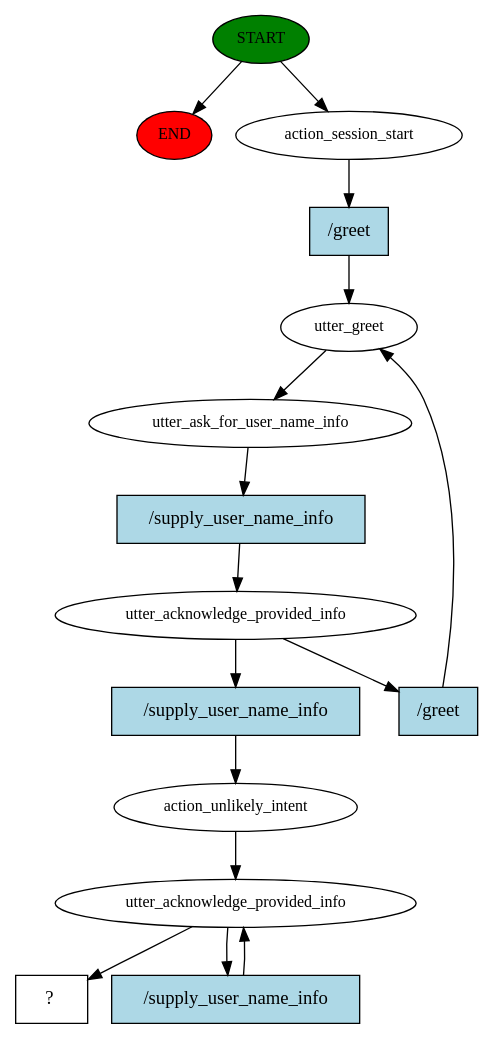
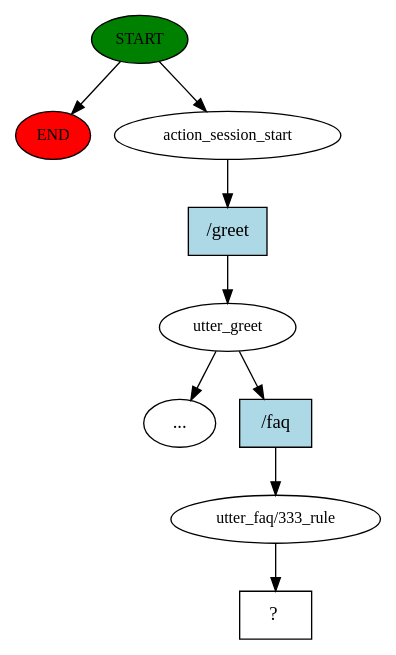
Before and after one commit to dpkasundaram/mental-health-ai: the diagram in story_graph.dot, drawn with Graphviz. The commit also changed 957 other files, not shown here.

```diff
--- a/story_graph.dot
+++ b/story_graph.dot
@@ -1,31 +1,19 @@
 digraph  {
 0 [class="start active", fillcolor=green, fontsize=12, label=START, style=filled];
 "-1" [class=end, fillcolor=red, fontsize=12, label=END, style=filled];
 1 [class=active, fontsize=12, label=action_session_start];
 2 [class=active, fontsize=12, label=utter_greet];
-3 [class=active, fontsize=12, label=utter_ask_for_user_name_info];
-4 [class=active, fontsize=12, label=utter_acknowledge_provided_info];
-11 [class=active, fontsize=12, label=action_unlikely_intent];
-12 [class=active, fontsize=12, label=utter_acknowledge_provided_info];
-14 [class="intent dashed active", label="  ?  ", shape=rect];
-15 [class="intent active", fillcolor=lightblue, label="/greet", shape=rect, style=filled];
-16 [class="intent active", fillcolor=lightblue, label="/supply_user_name_info", shape=rect, style=filled];
-17 [class="intent active", fillcolor=lightblue, label="/greet", shape=rect, style=filled];
-18 [class="intent active", fillcolor=lightblue, label="/supply_user_name_info", shape=rect, style=filled];
-19 [class="intent active", fillcolor=lightblue, label="/supply_user_name_info", shape=rect, style=filled];
+"-3" [class=ellipsis, label="..."];
+5 [class=active, fontsize=12, label="utter_faq/333_rule"];
+6 [class="intent dashed active", label="  ?  ", shape=rect];
+7 [class="intent active", fillcolor=lightblue, label="/greet", shape=rect, style=filled];
+8 [class="intent active", fillcolor=lightblue, label="/faq", shape=rect, style=filled];
 0 -> "-1"  [class="", key=NONE, label=""];
 0 -> 1  [class=active, key=NONE, label=""];
-1 -> 15  [class=active, key=0];
-2 -> 3  [class=active, key=NONE, label=""];
-3 -> 16  [class=active, key=0];
-4 -> 17  [class=active, key=0];
-4 -> 18  [class=active, key=0];
-11 -> 12  [class=active, key=NONE, label=""];
-12 -> 14  [class=active, key=NONE, label=""];
-12 -> 19  [class=active, key=0];
-15 -> 2  [class=active, key=0];
-16 -> 4  [class=active, key=0];
-17 -> 2  [class=active, key=0];
-18 -> 11  [class=active, key=0];
-19 -> 12  [class=active, key=0];
+1 -> 7  [class=active, key=0];
+2 -> "-3"  [class="", key=NONE, label=""];
+2 -> 8  [class=active, key=0];
+5 -> 6  [class=active, key=NONE, label=""];
+7 -> 2  [class=active, key=0];
+8 -> 5  [class=active, key=0];
 }
```
